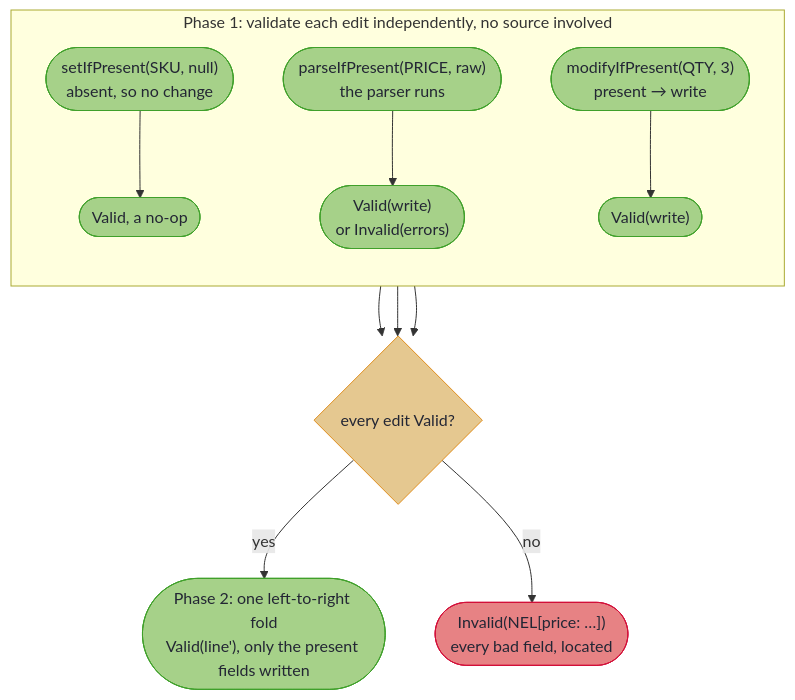
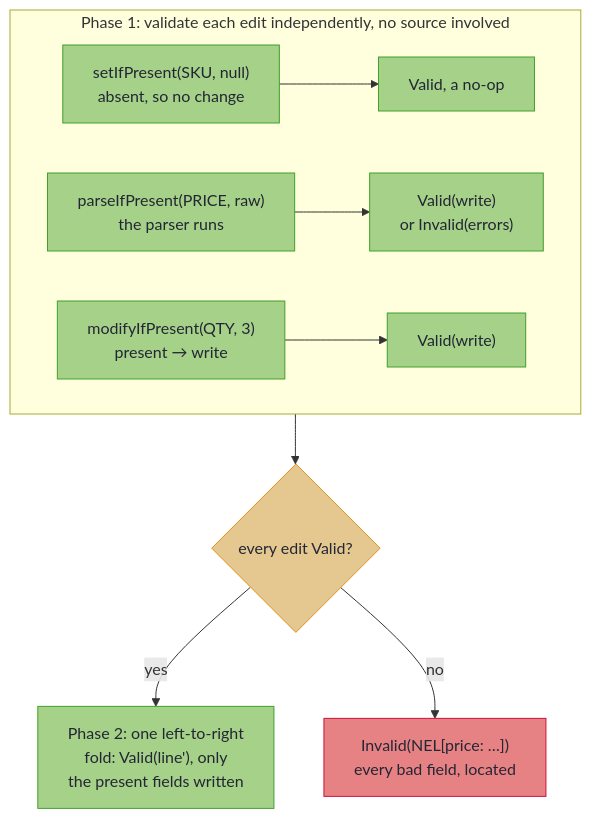
The third of 4 diagrams in hkj-book/src/optics/multi_edit.md (higher-kinded-j/higher-kinded-j), drawn with Mermaid before and after one commit. The commit also changed other lines of this file and 24 other files, not shown here.

````diff
--- a/hkj-book/src/optics/multi_edit.md
+++ b/hkj-book/src/optics/multi_edit.md
@@ -151,23 +151,21 @@
 ```mermaid
 flowchart TD
     accTitle: Validate everything, then write once
     accDescr: In phase 1 each edit is checked on its own, with no source: an absent SKU is a valid no-op, the price is parsed, and a present quantity delta is a valid write. If every edit is valid, phase 2 runs the writes as one left-to-right fold; otherwise the result is Invalid with every bad field located.
     subgraph one["Phase 1: validate each edit independently, no source involved"]
-        direction TB
-        S1(["setIfPresent(SKU, null)<br/>absent, so no change"]) --> V1(["Valid, a no-op"])
-        S2(["parseIfPresent(PRICE, raw)<br/>the parser runs"]) --> V2(["Valid(write)<br/>or Invalid(errors)"])
-        S3(["modifyIfPresent(QTY, 3)<br/>present → write"]) --> V3(["Valid(write)"])
+        direction LR
+        S1["setIfPresent(SKU, null)<br/>absent, so no change"] --> V1["Valid, a no-op"]
+        S2["parseIfPresent(PRICE, raw)<br/>the parser runs"] --> V2["Valid(write)<br/>or Invalid(errors)"]
+        S3["modifyIfPresent(QTY, 3)<br/>present → write"] --> V3["Valid(write)"]
     end
-    V1 --> Q{"every edit Valid?"}
-    V2 --> Q
-    V3 --> Q
-    Q -->|"yes"| Ok(["Phase 2: one left-to-right fold<br/>Valid(line'), only the present fields written"])
-    Q -->|"no"| Bad(["Invalid(NEL[price: …])<br/>every bad field, located"])
+    one --> Q{"every edit Valid?"}
+    Q -->|"yes"| Ok["Phase 2: one left-to-right<br/>fold: Valid(line'), only<br/>the present fields written"]
+    Q -->|"no"| Bad["Invalid(NEL[price: …])<br/>every bad field, located"]
 
     classDef tier fill:#a6d189,stroke:#40a02b,color:#232634
     classDef decision fill:#e5c890,stroke:#df8e1d,color:#232634
     classDef bad fill:#e78284,stroke:#d20f39,color:#232634
     class S1,S2,S3,V1,V2,V3,Ok tier
     class Q decision
     class Bad bad
 ```
````
